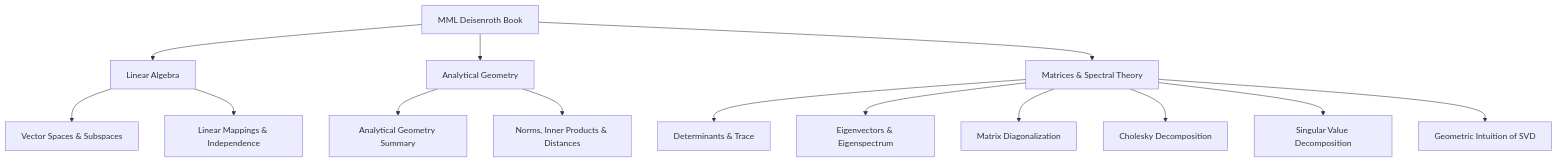
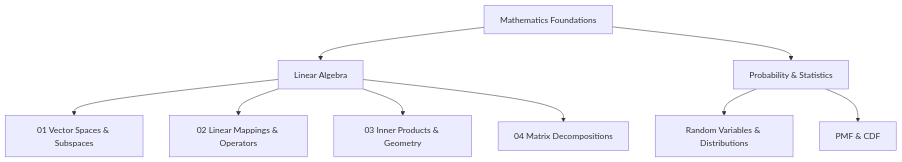
The diagram in Arsenal Vault/ME/1_FOUNDATIONS/01_MATHEMATICS/MATHEMATICS.md (Harsidak/Arsenal), drawn with Mermaid before and after one commit. The commit also changed other lines of this file and 27 other files, not shown here.

Commit message:
refactor(vault): reorganize mathematics notes into topical Linear Algebra hierarchy

````diff
--- a/Arsenal Vault/ME/1_FOUNDATIONS/01_MATHEMATICS/MATHEMATICS.md
+++ b/Arsenal Vault/ME/1_FOUNDATIONS/01_MATHEMATICS/MATHEMATICS.md
@@ -29,19 +37,13 @@
 ```mermaid
 graph TD
-    A[MML Deisenroth Book] --> B[Linear Algebra]
-    A --> C[Analytical Geometry]
-    A --> D[Matrices & Spectral Theory]
+    M[Mathematics Foundations] --> LA[Linear Algebra]
+    M --> PR[Probability & Statistics]
 
-    B --> B1[Vector Spaces & Subspaces]
-    B --> B2[Linear Mappings & Independence]
-    
-    C --> C1[Analytical Geometry Summary]
-    C --> C2[Norms, Inner Products & Distances]
+    LA --> V[01 Vector Spaces & Subspaces]
+    LA --> LM[02 Linear Mappings & Operators]
+    LA --> IP[03 Inner Products & Geometry]
+    LA --> MD[04 Matrix Decompositions]
 
-    D --> D1[Determinants & Trace]
-    D --> D2[Eigenvectors & Eigenspectrum]
-    D --> D3[Matrix Diagonalization]
-    D --> D4[Cholesky Decomposition]
-    D --> D5[Singular Value Decomposition]
-    D --> D6[Geometric Intuition of SVD]
+    PR --> PR1[Random Variables & Distributions]
+    PR --> PR2[PMF & CDF]
 ```
````
